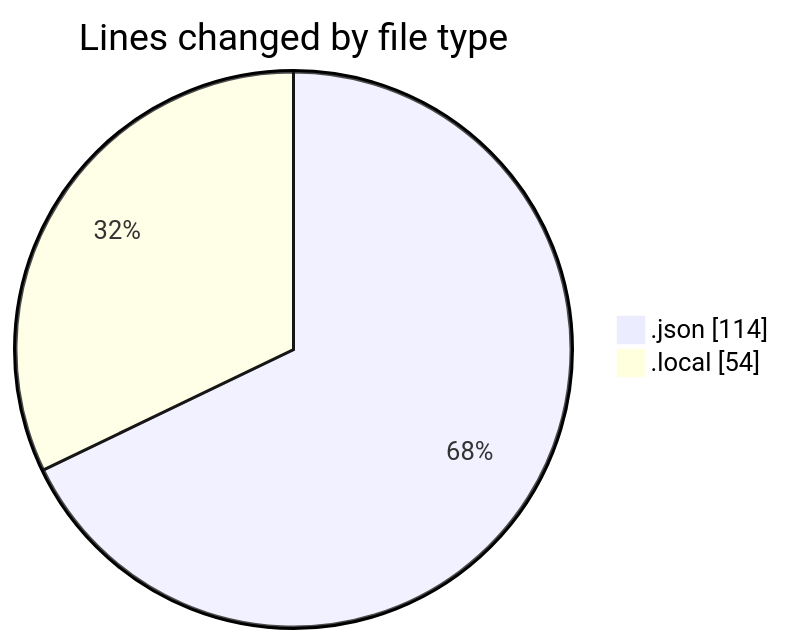
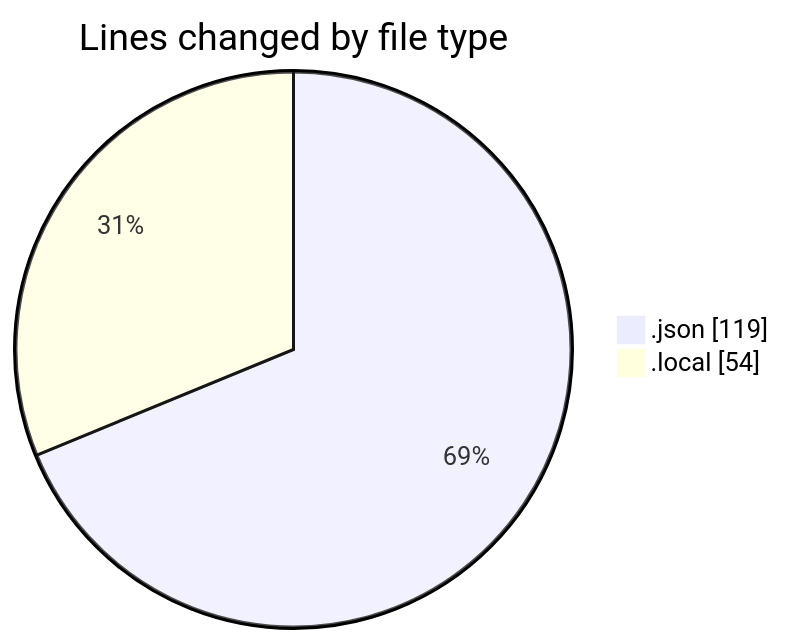
One commit to julien-gomy/code-tracking changed the first of 2 diagrams in 2025-11-15/eventscop-frontend-guide__workspace_/README.md. Above: the diagram before and after it, drawn with Mermaid. The commit also changed other lines of this file and 1 other file, not shown here.

````diff
--- a/2025-11-15/eventscop-frontend-guide__workspace_/README.md
+++ b/2025-11-15/eventscop-frontend-guide__workspace_/README.md
@@ -21,6 +22,6 @@
 ```mermaid
 pie showData
 title Lines changed by file type
-".json" : 114
+".json" : 119
 ".local" : 54
 ```
````
